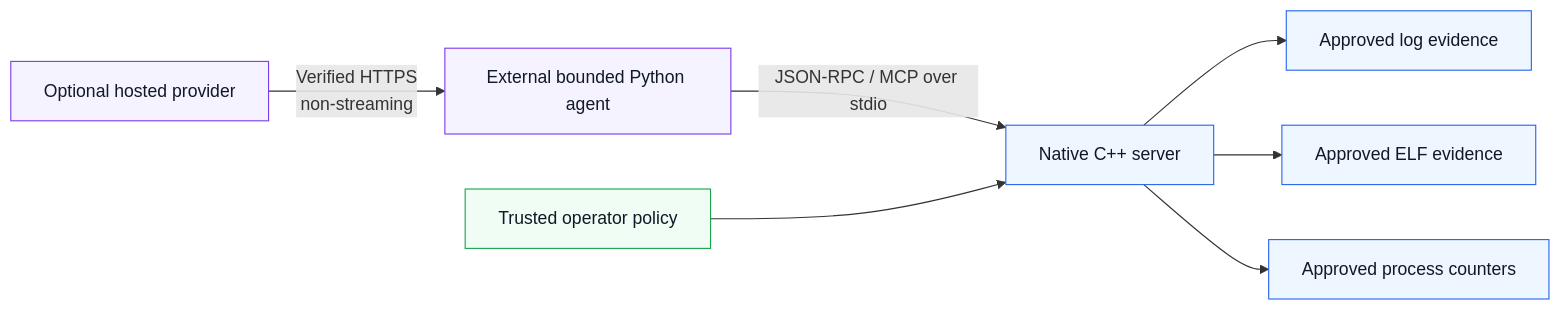
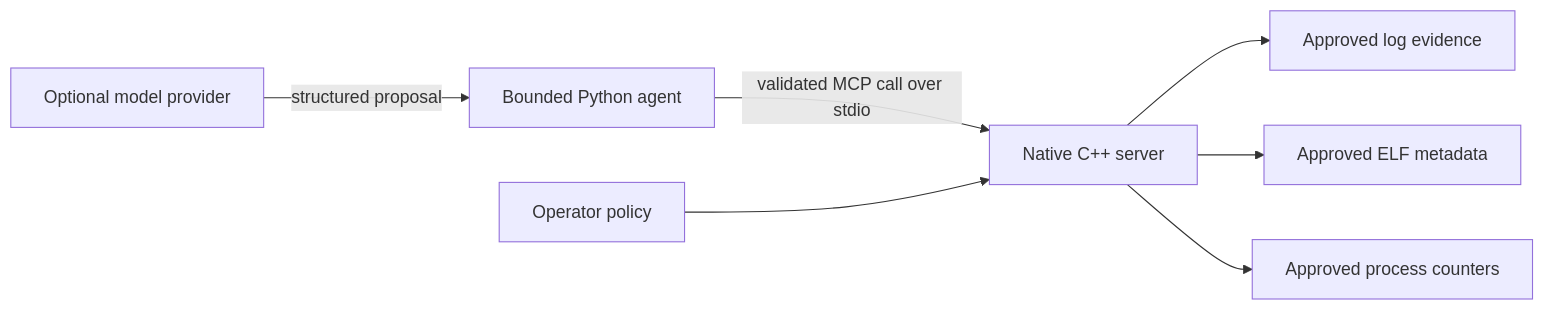
Before and after one commit to kabbersokhi-boop/native-mcp-sandbox: the diagram in README.md, drawn with Mermaid. The commit also changed other lines of this file and 82 other files, not shown here.

````diff
--- a/README.md
+++ b/README.md
@@ -93,16 +34,9 @@
 ```mermaid
 flowchart LR
-    P[Optional hosted provider] -->|Verified HTTPS\nnon-streaming| A[External bounded Python agent]
-    A -->|JSON-RPC / MCP over stdio| S[Native C++ server]
-    O[Trusted operator policy] --> S
+    P[Optional model provider] -->|structured proposal| A[Bounded Python agent]
+    A -->|validated MCP call over stdio| S[Native C++ server]
+    O[Operator policy] --> S
     S --> L[Approved log evidence]
-    S --> E[Approved ELF evidence]
+    S --> E[Approved ELF metadata]
     S --> M[Approved process counters]
-
-    classDef native fill:#eef6ff,stroke:#2563eb,color:#111827;
-    classDef agent fill:#f5f3ff,stroke:#7c3aed,color:#111827;
-    classDef policy fill:#f0fdf4,stroke:#16a34a,color:#111827;
-    class S,L,E,M native;
-    class A,P agent;
-    class O policy;
 ```
````
